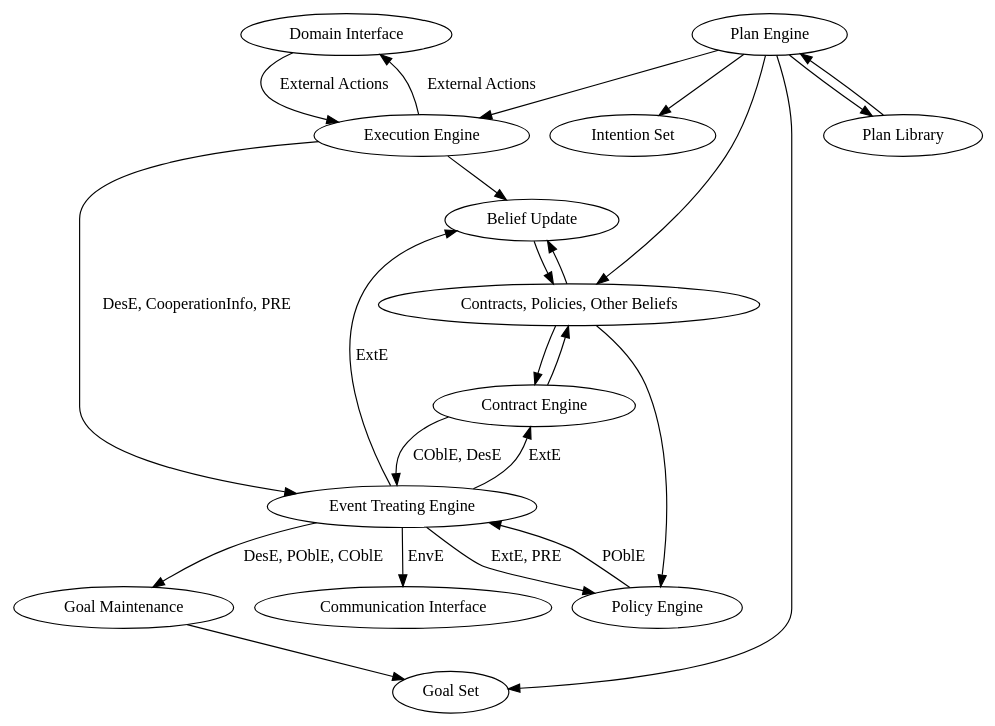
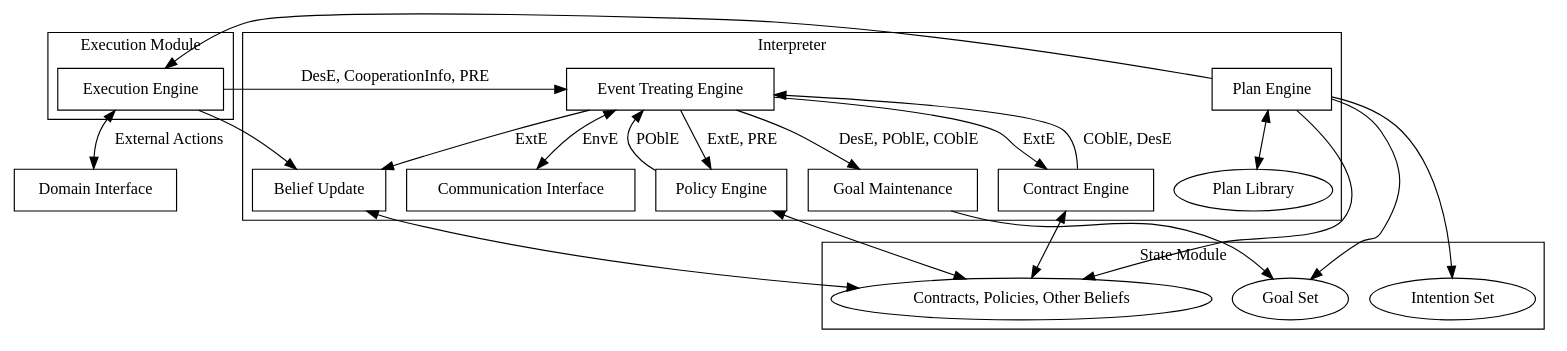
The diagram in Figures/PDC-agent/Structure.dot (Entze/APIA), drawn with Graphviz before and after one commit. The commit also changed 1 other file, not shown here.

Commit message:
Update graphviz figures

```diff
--- a/Figures/PDC-agent/Structure.dot
+++ b/Figures/PDC-agent/Structure.dot
@@ -1,63 +1,51 @@
 digraph {
-    "Domain Interface";
-    subgraph Execution_Module {
+    node [shape = rectangle];
+    "Domain Interface"
+    subgraph cluster_Execution_Module {
         label = "Execution Module";
-        color = "lightgrey";
-        style = "filled";
         "Execution Engine";
     }
-    subgraph State_Module {
+    subgraph cluster_State_Module {
         label = "State Module";
-        color = "lightgrey";
-        style = "filled";
-        "Intention Set";
-        "Goal Set";
-        "Contracts, Policies, Other Beliefs";
+        "Intention Set" [shape = oval];
+        "Goal Set" [shape = oval];
+        "Contracts, Policies, Other Beliefs" [shape = oval];
     }
-    subgraph Interpreter {
+    subgraph cluster_Interpreter {
         label = "Interpreter";
-        color = "lightgrey";
-        style = "filled";
-        "Plan Library";
+        "Plan Library" [shape = oval];
         "Plan Engine";
         "Goal Maintenance";
         "Contract Engine";
         "Policy Engine";
         "Event Treating Engine";
         "Belief Update";
         "Communication Interface";
+    }
 
-        "Plan Library" -> "Plan Engine";
-
-        "Contract Engine" -> "Event Treating Engine" [label = "COblE, DesE"];
-
-        "Event Treating Engine" -> "Policy Engine" [label = "ExtE, PRE"];
-        "Event Treating Engine" -> "Contract Engine" [label = "ExtE"];
-        "Event Treating Engine" -> "Goal Maintenance" [label = "DesE, POblE, COblE"];
-        "Event Treating Engine" -> "Belief Update" [label = "ExtE"];
-        "Event Treating Engine" -> "Communication Interface" [label = "EnvE"];
-    }
-    "Domain Interface" -> "Execution Engine" [label = "External Actions"];
-
-    "Execution Engine" -> "Domain Interface" [label = "External Actions"];
+    "Execution Engine" -> "Domain Interface" [dir = both label = "External Actions"];
     "Execution Engine" -> "Belief Update";
     "Execution Engine" -> "Event Treating Engine" [label = "DesE, CooperationInfo, PRE"];
 
-    "Contracts, Policies, Other Beliefs" -> "Belief Update";
-    "Contracts, Policies, Other Beliefs" -> "Contract Engine";
-    "Contracts, Policies, Other Beliefs" -> "Policy Engine";
-
     "Plan Engine" -> "Intention Set";
-    "Plan Engine" -> "Plan Library";
+    "Plan Engine" -> "Plan Library" [dir = both];
     "Plan Engine" -> "Execution Engine";
     "Plan Engine" -> "Contracts, Policies, Other Beliefs";
     "Plan Engine" -> "Goal Set";
 
     "Goal Maintenance" -> "Goal Set";
 
-    "Contract Engine" -> "Contracts, Policies, Other Beliefs";
+    "Contract Engine" -> "Contracts, Policies, Other Beliefs" [dir = both];
+    "Contract Engine" -> "Event Treating Engine" [label = "COblE, DesE"];
 
     "Policy Engine" -> "Event Treating Engine" [label = "POblE"];
+    "Policy Engine" -> "Contracts, Policies, Other Beliefs" [dir = both];
 
-    "Belief Update" -> "Contracts, Policies, Other Beliefs";
+    "Event Treating Engine" -> "Policy Engine" [label = "ExtE, PRE"];
+    "Event Treating Engine" -> "Contract Engine" [label = "ExtE"];
+    "Event Treating Engine" -> "Goal Maintenance" [label = "DesE, POblE, COblE"];
+    "Event Treating Engine" -> "Belief Update" [label = "ExtE"];
+    "Event Treating Engine" -> "Communication Interface" [dir = both label = "EnvE"];
+
+    "Belief Update" -> "Contracts, Policies, Other Beliefs" [dir = both];
 }
```
